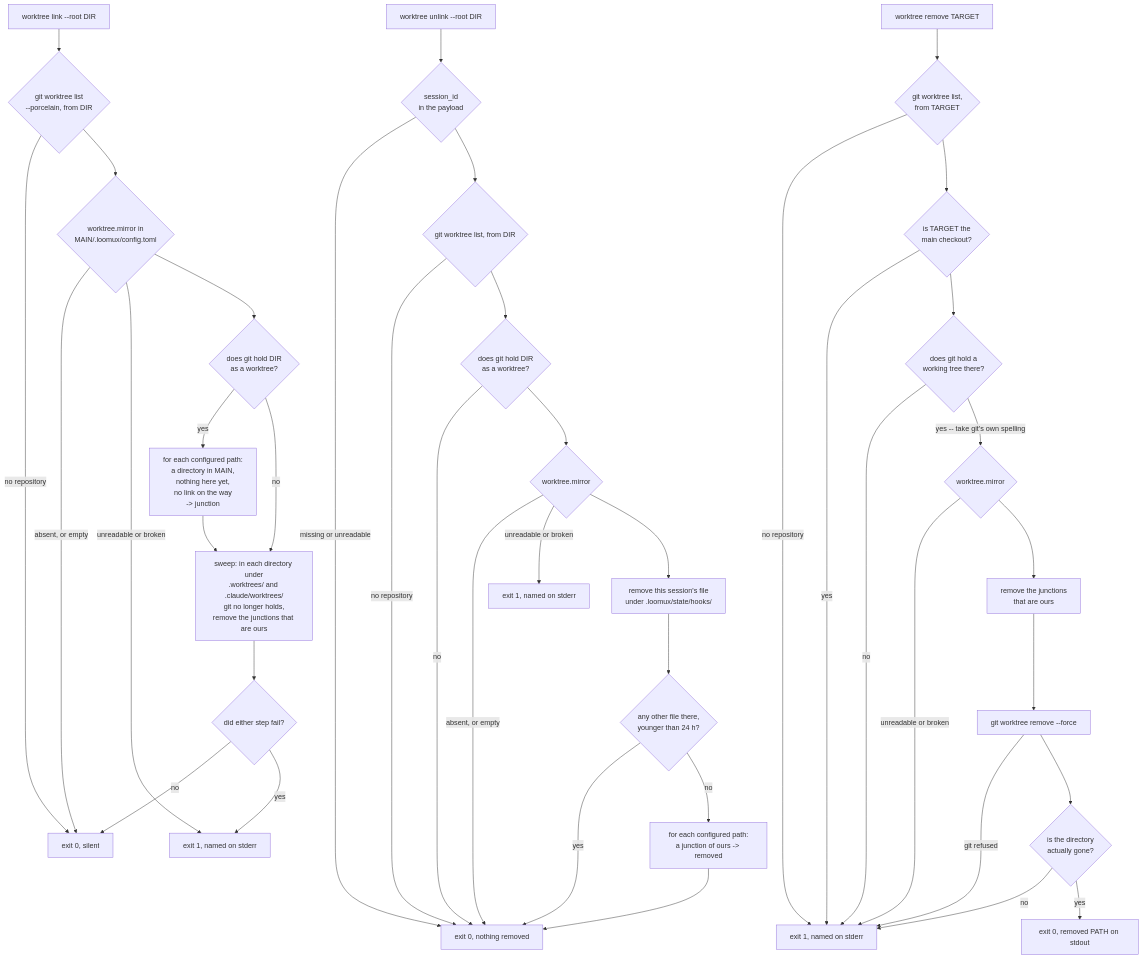
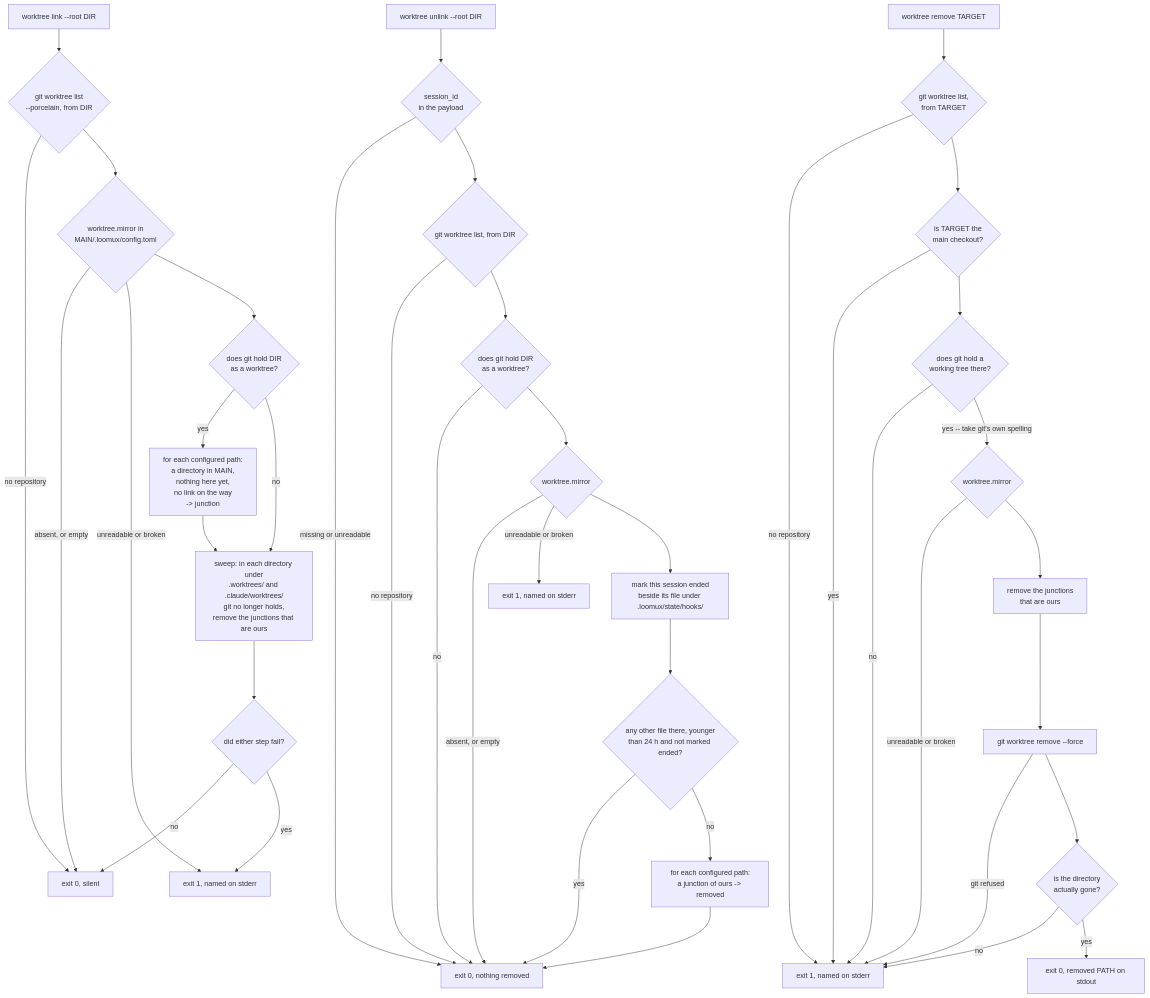
The third of 3 diagrams in docs/en/hooks.md (xidus90/loomux), drawn with Mermaid before and after one commit. The commit also changed other lines of this file and 11 other files, not shown here.

First line of the commit message:
fix(hooks): mark a session ended at worktree unlink instead of deleting its state

````diff
--- a/docs/en/hooks.md
+++ b/docs/en/hooks.md
@@ -675,45 +672,45 @@
 ```mermaid
 flowchart TD
     start["worktree link --root DIR"] --> topo{"git worktree list<br/>--porcelain, from DIR"}
     topo -->|"no repository"| silent["exit 0, silent"]
     topo --> cfg{"worktree.mirror in<br/>MAIN/.loomux/config.toml"}
     cfg -->|"absent, or empty"| silent
     cfg -->|"unreadable or broken"| loud["exit 1, named on stderr"]
     cfg --> wt{"does git hold DIR<br/>as a worktree?"}
     wt -->|"yes"| link["for each configured path:<br/>a directory in MAIN,<br/>nothing here yet,<br/>no link on the way<br/>-> junction"]
     wt -->|"no"| sweep
     link --> sweep["sweep: in each directory under<br/>.worktrees/ and .claude/worktrees/<br/>git no longer holds,<br/>remove the junctions that are ours"]
     sweep --> verdict{"did either step fail?"}
     verdict -->|"no"| silent
     verdict -->|"yes"| loud
 
     stop["worktree unlink --root DIR"] --> payload{"session_id<br/>in the payload"}
     payload -->|"missing or unreadable"| silent2["exit 0, nothing removed"]
     payload --> topo2{"git worktree list, from DIR"}
     topo2 -->|"no repository"| silent2
     topo2 --> wt2{"does git hold DIR<br/>as a worktree?"}
     wt2 -->|"no"| silent2
     wt2 --> cfg2{"worktree.mirror"}
     cfg2 -->|"absent, or empty"| silent2
     cfg2 -->|"unreadable or broken"| loud2["exit 1, named on stderr"]
-    cfg2 --> forget["remove this session's file<br/>under .loomux/state/hooks/"]
-    forget --> count{"any other file there,<br/>younger than 24 h?"}
+    cfg2 --> forget["mark this session ended<br/>beside its file under .loomux/state/hooks/"]
+    forget --> count{"any other file there, younger<br/>than 24 h and not marked ended?"}
     count -->|"yes"| silent2
     count -->|"no"| unlink["for each configured path:<br/>a junction of ours -> removed"]
     unlink --> silent2
 
     hand["worktree remove TARGET"] --> topo3{"git worktree list,<br/>from TARGET"}
     topo3 -->|"no repository"| fault["exit 1, named on stderr"]
     topo3 --> ismain{"is TARGET the<br/>main checkout?"}
     ismain -->|"yes"| fault
     ismain --> held{"does git hold a<br/>working tree there?"}
     held -->|"no"| fault
     held -->|"yes -- take git's own spelling"| cfg3{"worktree.mirror"}
     cfg3 -->|"unreadable or broken"| fault
     cfg3 --> unlink3["remove the junctions<br/>that are ours"]
     unlink3 --> gitrm["git worktree remove --force"]
     gitrm -->|"git refused"| fault
     gitrm --> gone{"is the directory<br/>actually gone?"}
     gone -->|"no"| fault
     gone -->|"yes"| removed["exit 0, removed PATH on stdout"]
 ```
````
